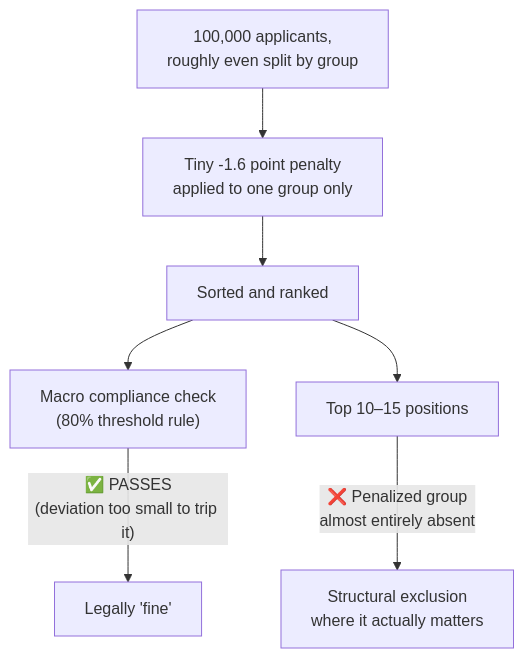
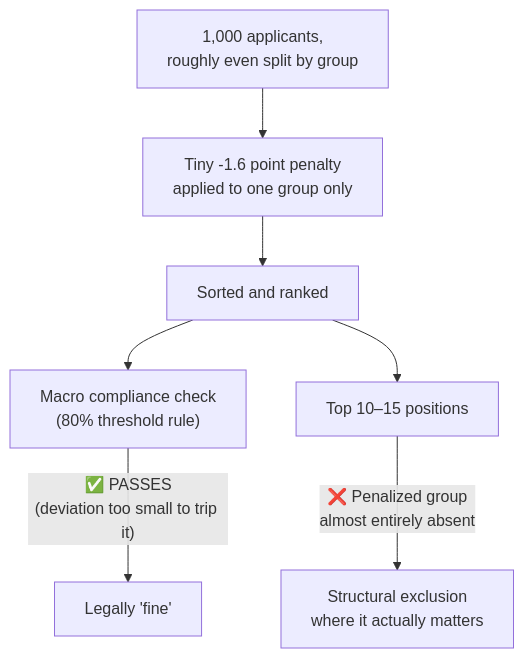
The second of 2 diagrams in modules/03-algorithmic-bias.md (Impacts-of-Computing-Fall-2026/impacts-computing-template), drawn with Mermaid before and after one commit. The commit also changed other lines of this file and 2 other files, not shown here.

````diff
--- a/modules/03-algorithmic-bias.md
+++ b/modules/03-algorithmic-bias.md
@@ -31,9 +31,9 @@
 ```mermaid
 graph TD
-    A["100,000 applicants,<br/>roughly even split by group"] --> B["Tiny -1.6 point penalty<br/>applied to one group only"]
+    A["1,000 applicants,<br/>roughly even split by group"] --> B["Tiny -1.6 point penalty<br/>applied to one group only"]
     B --> C["Sorted and ranked"]
     C --> D["Macro compliance check<br/>(80% threshold rule)"]
     D -->|"✅ PASSES<br/>(deviation too small to trip it)"| E["Legally 'fine'"]
     C --> F["Top 10–15 positions"]
     F -->|"❌ Penalized group<br/>almost entirely absent"| G["Structural exclusion<br/>where it actually matters"]
 ```
````
